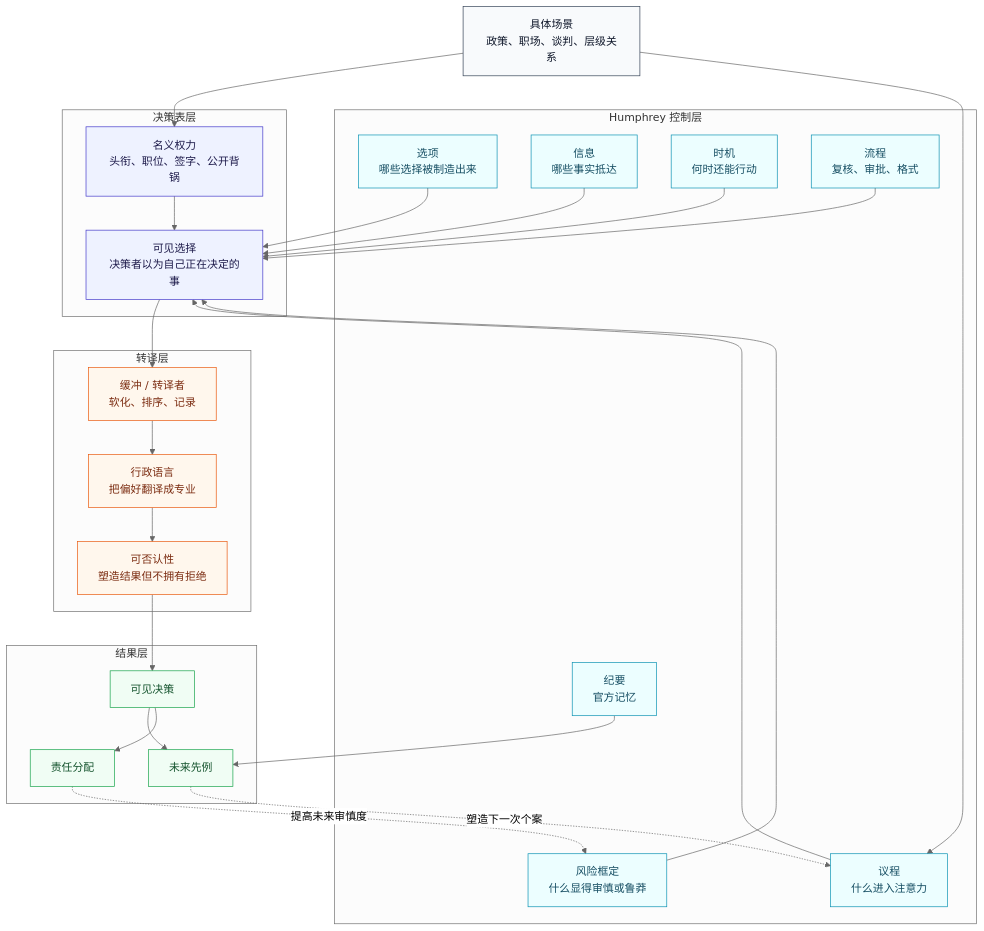
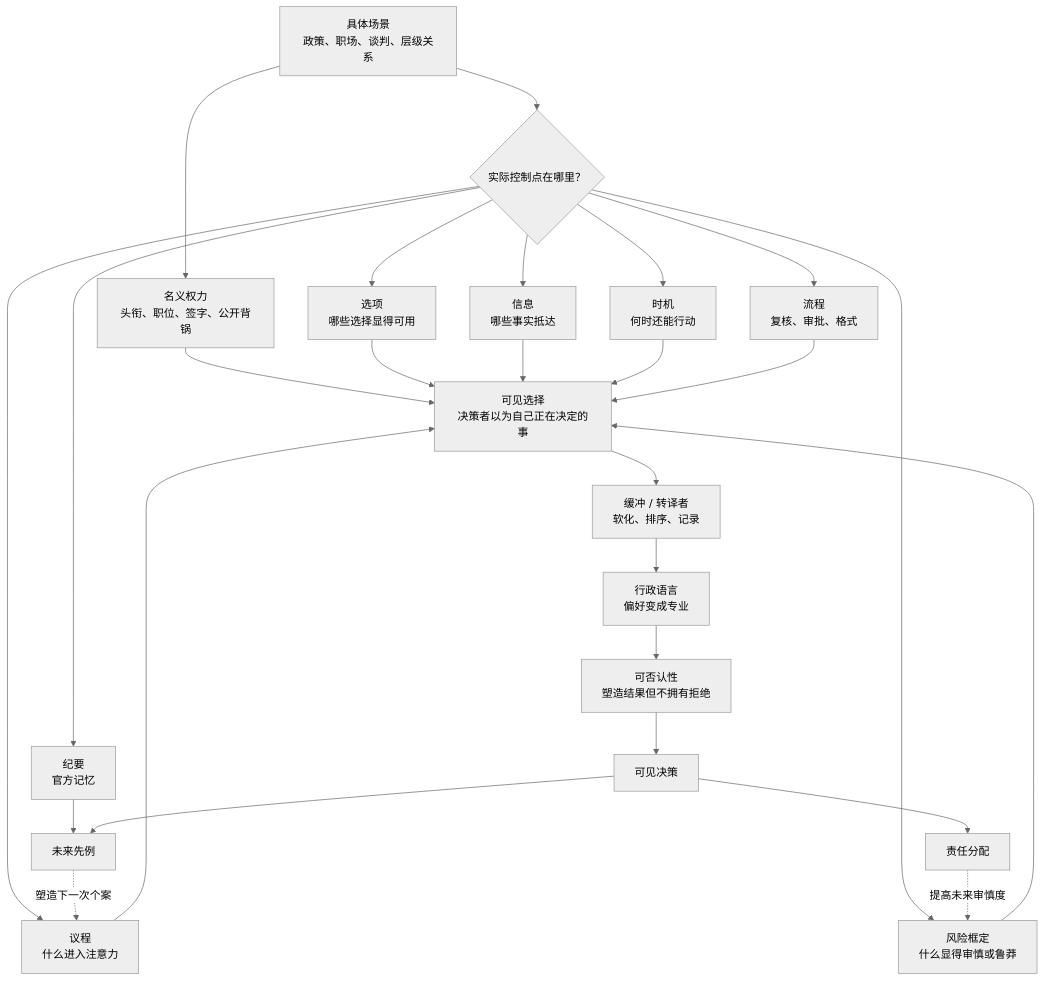
Before and after one commit to Mingfius-Song/GCMG-ladder_to_apotheosis-skill: the seventh of 8 diagrams in README.md, drawn with Mermaid (neutral theme). The commit also changed other lines of this file, not shown here.

Commit message:
Simplify internal architecture diagrams

````diff
--- a/README.md
+++ b/README.md
@@ -544,56 +493,33 @@
 ```mermaid
-flowchart TB
-    SituationCN["具体场景<br/>政策、职场、谈判、层级关系"]:::input
+flowchart TD
+    SCN["具体场景<br/>政策、职场、谈判、层级关系"] --> FPCN["名义权力<br/>头衔、职位、签字、公开背锅"]
+    SCN --> CCN{"实际控制点在哪里？"}
 
-    subgraph SurfaceCN["决策表层"]
-        FormalPowerCN["名义权力<br/>头衔、职位、签字、公开背锅"]:::surface
-        VisibleChoiceCN["可见选择<br/>决策者以为自己正在决定的事"]:::surface
-    end
+    CCN --> ACN["议程<br/>什么进入注意力"]
+    CCN --> OCN["选项<br/>哪些选择显得可用"]
+    CCN --> ICN["信息<br/>哪些事实抵达"]
+    CCN --> TCN["时机<br/>何时还能行动"]
+    CCN --> PCN["流程<br/>复核、审批、格式"]
+    CCN --> RCN["风险框定<br/>什么显得审慎或鲁莽"]
+    CCN --> MCN["纪要<br/>官方记忆"]
 
-    subgraph ControlCN["Humphrey 控制层"]
-        AgendaCN["议程<br/>什么进入注意力"]:::lever
-        OptionsCN["选项<br/>哪些选择被制造出来"]:::lever
-        InformationCN["信息<br/>哪些事实抵达"]:::lever
-        TimingCN["时机<br/>何时还能行动"]:::lever
-        ProcedureCN["流程<br/>复核、审批、格式"]:::lever
-        RiskCN["风险框定<br/>什么显得审慎或鲁莽"]:::lever
-        MinutesCN["纪要<br/>官方记忆"]:::lever
-    end
+    FPCN --> VCCN["可见选择<br/>决策者以为自己正在决定的事"]
+    ACN --> VCCN
+    OCN --> VCCN
+    ICN --> VCCN
+    TCN --> VCCN
+    PCN --> VCCN
+    RCN --> VCCN
 
-    subgraph TranslationCN["转译层"]
-        BernardCN["缓冲 / 转译者<br/>软化、排序、记录"]:::translator
-        LanguageCN["行政语言<br/>把偏好翻译成专业"]:::translator
-        DeniabilityCN["可否认性<br/>塑造结果但不拥有拒绝"]:::translator
-    end
+    VCCN --> BCN["缓冲 / 转译者<br/>软化、排序、记录"]
+    BCN --> LCN["行政语言<br/>偏好变成专业"]
+    LCN --> DCN["可否认性<br/>塑造结果但不拥有拒绝"]
+    DCN --> OUTCN["可见决策"]
 
-    subgraph OutputCN["结果层"]
-        DecisionCN["可见决策"]:::output
-        PrecedentCN["未来先例"]:::output
-        BlameCN["责任分配"]:::output
-    end
+    MCN --> PRCN["未来先例"]
+    OUTCN --> PRCN
+    OUTCN --> BLCN["责任分配"]
 
-    SituationCN --> FormalPowerCN
-    SituationCN --> AgendaCN
-    FormalPowerCN --> VisibleChoiceCN
-    AgendaCN --> VisibleChoiceCN
-    OptionsCN --> VisibleChoiceCN
-    InformationCN --> VisibleChoiceCN
-    TimingCN --> VisibleChoiceCN
-    ProcedureCN --> VisibleChoiceCN
-    RiskCN --> VisibleChoiceCN
-    MinutesCN --> PrecedentCN
-    VisibleChoiceCN --> BernardCN
-    BernardCN --> LanguageCN
-    LanguageCN --> DeniabilityCN
-    DeniabilityCN --> DecisionCN
-    DecisionCN --> PrecedentCN
-    DecisionCN --> BlameCN
-    PrecedentCN -.塑造下一次个案.-> AgendaCN
-    BlameCN -.提高未来审慎度.-> RiskCN
-
-    classDef input fill:#f8fafc,stroke:#334155,stroke-width:1px,color:#0f172a
-    classDef surface fill:#eef2ff,stroke:#4338ca,stroke-width:1px,color:#1e1b4b
-    classDef lever fill:#ecfeff,stroke:#0891b2,stroke-width:1px,color:#164e63
-    classDef translator fill:#fff7ed,stroke:#ea580c,stroke-width:1px,color:#7c2d12
-    classDef output fill:#f0fdf4,stroke:#16a34a,stroke-width:1px,color:#14532d
+    PRCN -.塑造下一次个案.-> ACN
+    BLCN -.提高未来审慎度.-> RCN
 ```
````
